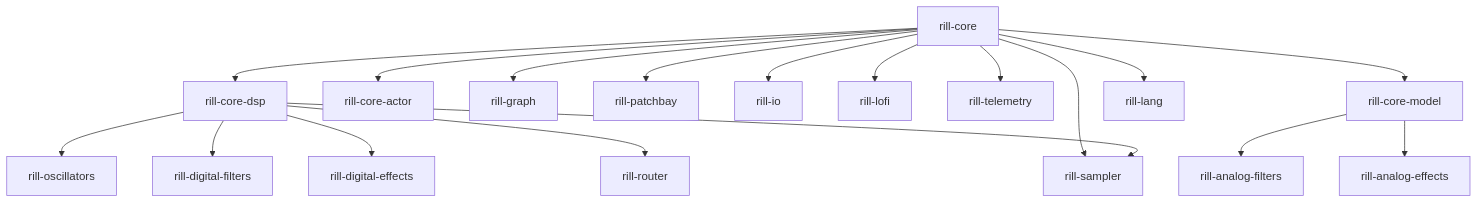
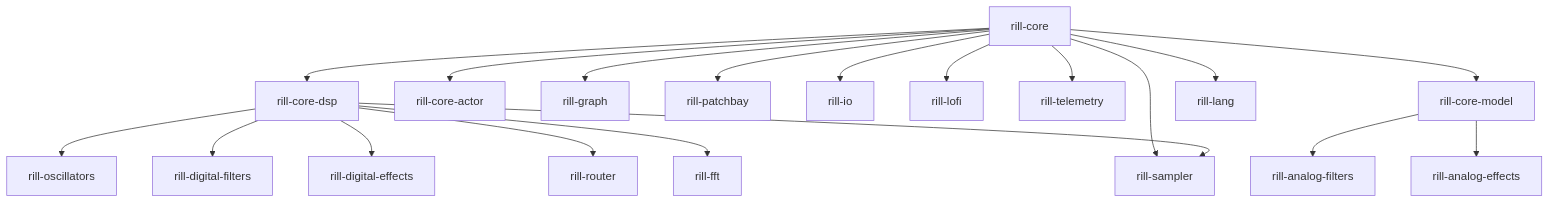
One commit to digitalrats/rill changed the diagram in README.md. Above: the diagram before and after it, drawn with Mermaid. The commit also changed other lines of this file, not shown here.

First line of the commit message:
docs: update root README with rill-fft, examples, benchmarks

````diff
--- a/README.md
+++ b/README.md
@@ -198,20 +254,21 @@
 ```mermaid
 graph TD
     CORE[rill-core] --> CORE_DSP[rill-core-dsp]
     CORE --> CORE_ACTOR[rill-core-actor]
     CORE --> GRAPH[rill-graph]
     CORE_DSP --> OSC[rill-oscillators]
     CORE_DSP --> FILTERS[rill-digital-filters]
     CORE_DSP --> EFFECTS[rill-digital-effects]
     CORE_DSP --> ROUTER[rill-router]
+    CORE_DSP --> FFT[rill-fft]
     CORE --> PATCHBAY[rill-patchbay]
     CORE --> IO[rill-io]
     CORE --> LOFI[rill-lofi]
     CORE --> TELEMETRY[rill-telemetry]
     CORE --> CORE_WDF[rill-core-model]
     CORE_WDF --> ANALOG_FILTERS[rill-analog-filters]
     CORE_WDF --> ANALOG_EFFECTS[rill-analog-effects]
     CORE --> SAMPLER[rill-sampler]
     CORE_DSP --> SAMPLER
     CORE --> LANG[rill-lang]
 ```
````
